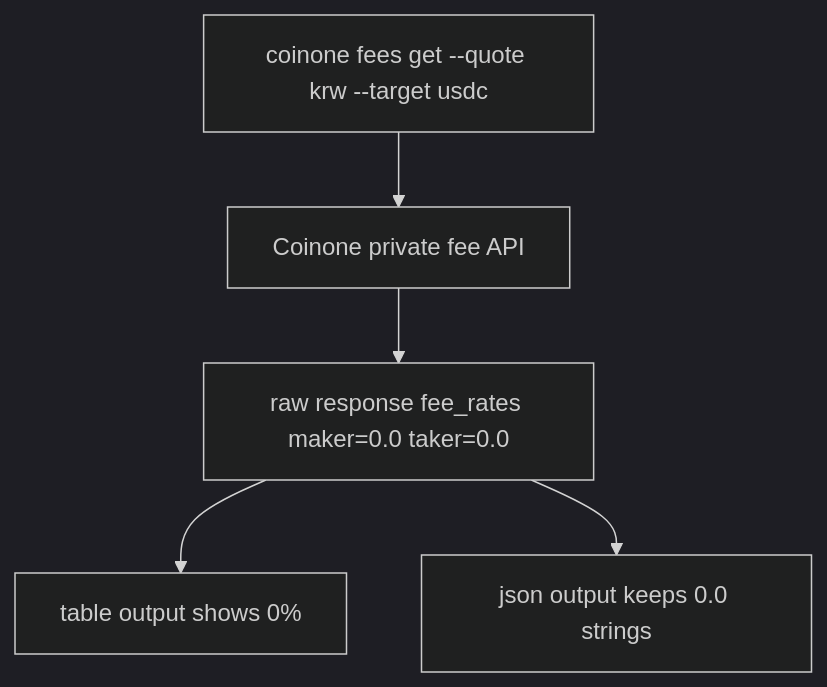
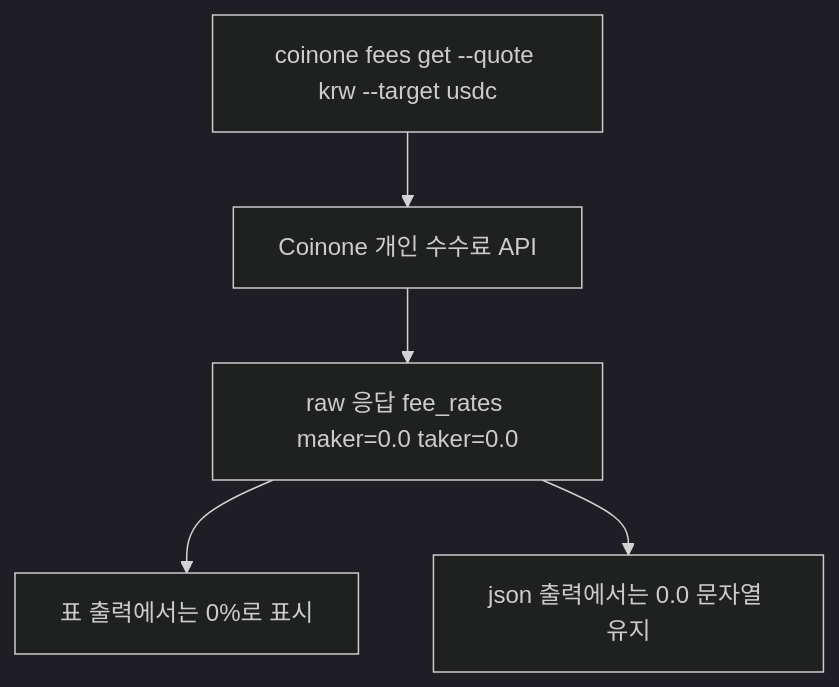
Before and after one commit to 2sem/coinone-api-cli: the diagram in docs/auth-and-safety.md, drawn with Mermaid (dark theme). The commit also changed other lines of this file and 7 other files, not shown here.

````diff
--- a/docs/auth-and-safety.md
+++ b/docs/auth-and-safety.md
@@ -51,7 +53,7 @@
 ```mermaid
 flowchart TD
-  A[coinone fees get --quote krw --target usdc] --> B[Coinone private fee API]
-  B --> C[raw response fee_rates maker=0.0 taker=0.0]
-  C --> D[table output shows 0%]
-  C --> E[json output keeps 0.0 strings]
+  A[coinone fees get --quote krw --target usdc] --> B[Coinone 개인 수수료 API]
+  B --> C[raw 응답 fee_rates maker=0.0 taker=0.0]
+  C --> D[표 출력에서는 0%로 표시]
+  C --> E[json 출력에서는 0.0 문자열 유지]
 ```
````
